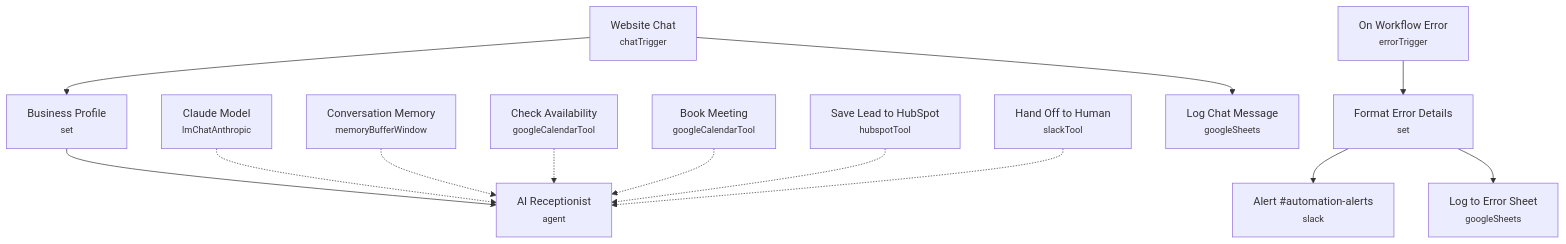
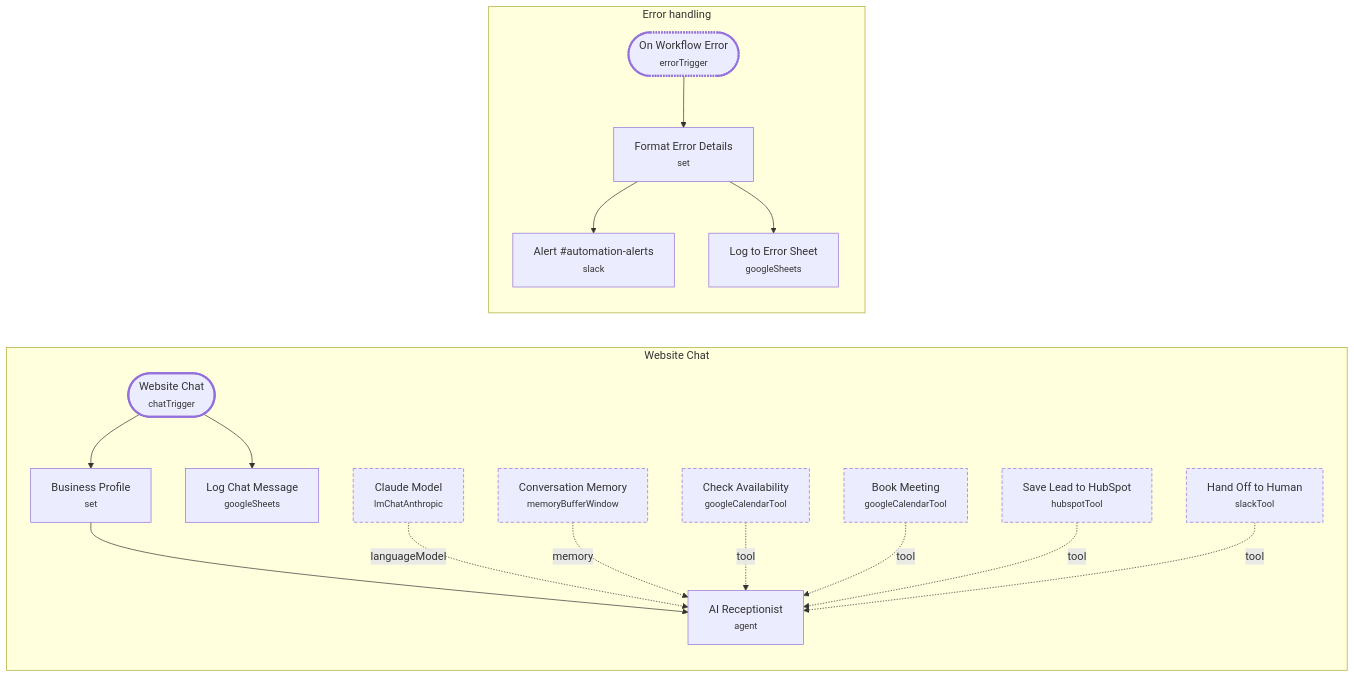
The diagram in ai_receptionist_website_chat/README.md (Redsf/n8n-workflows), drawn with Mermaid before and after one commit. The commit also changed other lines of this file and 6 other files, not shown here.

Commit message:
docs: regenerate architecture diagrams with repo generator

````diff
--- a/ai_receptionist_website_chat/README.md
+++ b/ai_receptionist_website_chat/README.md
@@ -45,29 +45,41 @@
 ```mermaid
-flowchart TD
-    N0["Website Chat<br/><small>chatTrigger</small>"]
-    N1["Business Profile<br/><small>set</small>"]
-    N2["AI Receptionist<br/><small>agent</small>"]
-    N3["Claude Model<br/><small>lmChatAnthropic</small>"]
-    N4["Conversation Memory<br/><small>memoryBufferWindow</small>"]
-    N5["Check Availability<br/><small>googleCalendarTool</small>"]
-    N6["Book Meeting<br/><small>googleCalendarTool</small>"]
-    N7["Save Lead to HubSpot<br/><small>hubspotTool</small>"]
-    N8["Hand Off to Human<br/><small>slackTool</small>"]
-    N9["Log Chat Message<br/><small>googleSheets</small>"]
-    N10["On Workflow Error<br/><small>errorTrigger</small>"]
-    N11["Format Error Details<br/><small>set</small>"]
-    N12["Alert #automation-alerts<br/><small>slack</small>"]
-    N13["Log to Error Sheet<br/><small>googleSheets</small>"]
+flowchart LR
+    subgraph G0 ["Website Chat"]
+        N0(["Website Chat<br/><small>chatTrigger</small>"])
+        N1["Business Profile<br/><small>set</small>"]
+        N2["AI Receptionist<br/><small>agent</small>"]
+        N3["Claude Model<br/><small>lmChatAnthropic</small>"]
+        N4["Conversation Memory<br/><small>memoryBufferWindow</small>"]
+        N5["Check Availability<br/><small>googleCalendarTool</small>"]
+        N6["Book Meeting<br/><small>googleCalendarTool</small>"]
+        N7["Save Lead to HubSpot<br/><small>hubspotTool</small>"]
+        N8["Hand Off to Human<br/><small>slackTool</small>"]
+        N9["Log Chat Message<br/><small>googleSheets</small>"]
+    end
+    subgraph G1 ["Error handling"]
+        N10(["On Workflow Error<br/><small>errorTrigger</small>"])
+        N11["Format Error Details<br/><small>set</small>"]
+        N12["Alert #automation-alerts<br/><small>slack</small>"]
+        N13["Log to Error Sheet<br/><small>googleSheets</small>"]
+    end
     N0 --> N1
     N0 --> N9
     N1 --> N2
-    N3 -.-> N2
-    N4 -.-> N2
-    N5 -.-> N2
-    N6 -.-> N2
-    N7 -.-> N2
-    N8 -.-> N2
     N10 --> N11
     N11 --> N12
     N11 --> N13
+    N3 -.languageModel.-> N2
+    N4 -.memory.-> N2
+    N5 -.tool.-> N2
+    N6 -.tool.-> N2
+    N7 -.tool.-> N2
+    N8 -.tool.-> N2
+
+    class N0 trigger
+    class N10 errorPath
+    class N3,N4,N5,N6,N7,N8 aiSubnode
+    classDef trigger stroke-width:3px
+    classDef aiSubnode stroke-dasharray:5 3
+    classDef errorPath stroke-width:3px,stroke-dasharray:2 2
+    classDef disabled stroke-dasharray:1 4,opacity:0.45
 ```
````
